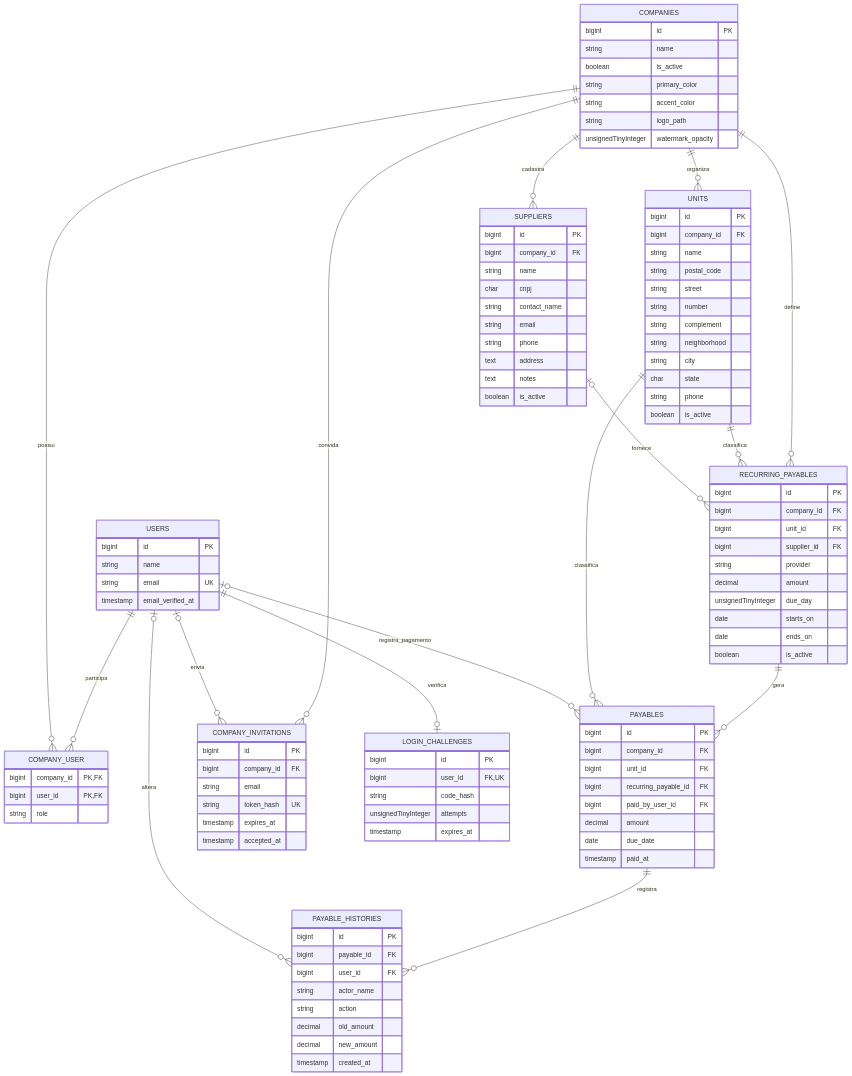
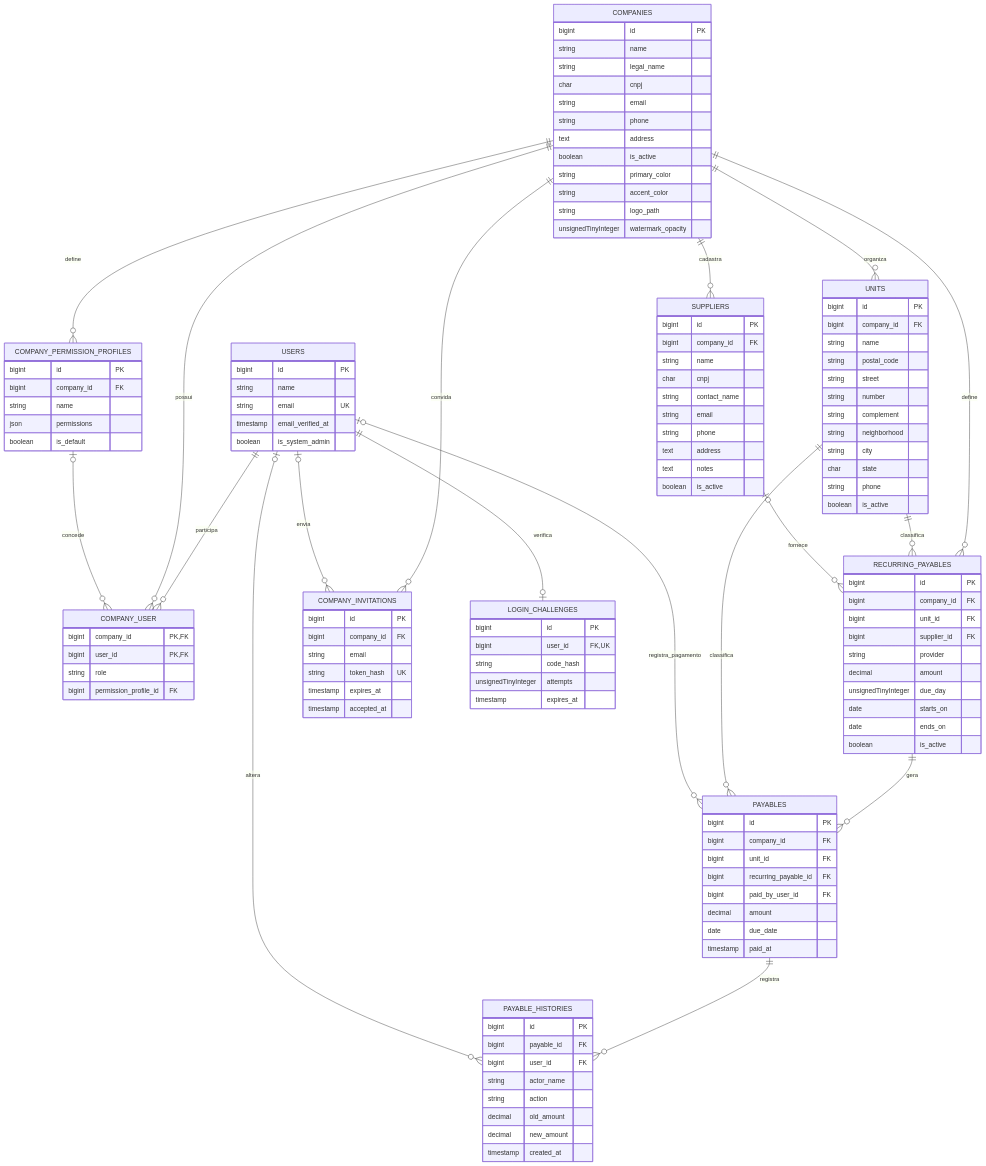
Before and after one commit to DouglasL9/FinControl: the second of 4 diagrams in docs/PROJETO.md, drawn with Mermaid. The commit also changed other lines of this file, not shown here.

```diff
--- a/docs/PROJETO.md
+++ b/docs/PROJETO.md
@@ -223,6 +248,8 @@
 erDiagram
     USERS ||--o{ COMPANY_USER : participa
     COMPANIES ||--o{ COMPANY_USER : possui
+    COMPANIES ||--o{ COMPANY_PERMISSION_PROFILES : define
+    COMPANY_PERMISSION_PROFILES |o--o{ COMPANY_USER : concede
     COMPANIES ||--o{ UNITS : organiza
     COMPANIES ||--o{ SUPPLIERS : cadastra
     COMPANIES ||--o{ RECURRING_PAYABLES : define
@@ -242,10 +269,16 @@
         string name
         string email UK
         timestamp email_verified_at
+        boolean is_system_admin
     }
     COMPANIES {
         bigint id PK
         string name
+        string legal_name
+        char cnpj
+        string email
+        string phone
+        text address
         boolean is_active
         string primary_color
         string accent_color
@@ -256,6 +289,14 @@
         bigint company_id PK, FK
         bigint user_id PK, FK
         string role
+        bigint permission_profile_id FK
+    }
+    COMPANY_PERMISSION_PROFILES {
+        bigint id PK
+        bigint company_id FK
+        string name
+        json permissions
+        boolean is_default
     }
     UNITS {
         bigint id PK
```
